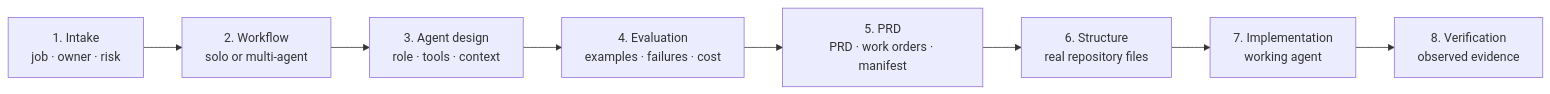
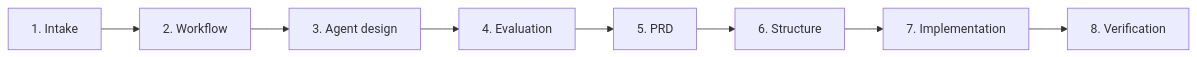
Before and after one commit to The-Utopia-Studio/studio-agent-framework: the third of 3 diagrams in README.md, drawn with Mermaid. The commit also changed other lines of this file and 9 other files, not shown here.

````diff
--- a/README.md
+++ b/README.md
@@ -56,13 +100,10 @@
 ```mermaid
 flowchart LR
-    I["1. Intake<br/>job · owner · risk"]
-    W["2. Workflow<br/>solo or multi-agent"]
-    D["3. Agent design<br/>role · tools · context"]
-    E["4. Evaluation<br/>examples · failures · cost"]
-    P["5. PRD<br/>PRD · work orders · manifest"]
-    S["6. Structure<br/>real repository files"]
-    B["7. Implementation<br/>working agent"]
-    V["8. Verification<br/>observed evidence"]
-
-    I --> W --> D --> E --> P --> S --> B --> V
+    I["1. Intake"] --> W["2. Workflow"]
+    W --> D["3. Agent design"]
+    D --> E["4. Evaluation"]
+    E --> P["5. PRD"]
+    P --> S["6. Structure"]
+    S --> B["7. Implementation"]
+    B --> V["8. Verification"]
 ```
````
